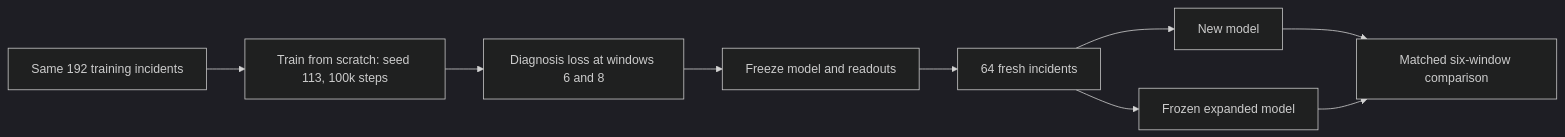
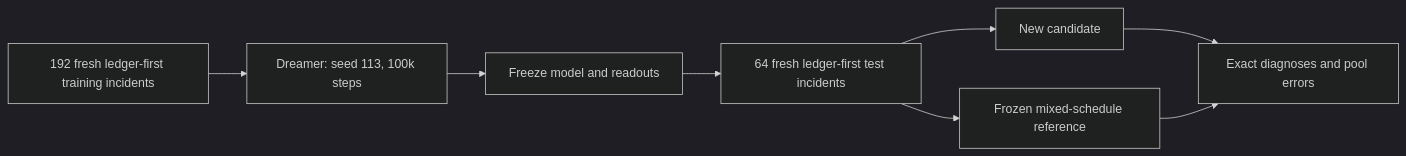
The diagram in docs/NEXT_EXPERIMENT.md (rnishtala/systems-world-model), drawn with Mermaid (dark theme) before and after one commit. The commit also changed other lines of this file and 9 other files, not shown here.

Commit message:
Run fresh ledger-first probe training with frozen reference evaluation

````diff
--- a/docs/NEXT_EXPERIMENT.md
+++ b/docs/NEXT_EXPERIMENT.md
@@ -9,10 +6,9 @@
 ```mermaid
 flowchart LR
-  DATA[Same 192 training incidents] --> TRAIN[Train from scratch: seed 113, 100k steps]
-  TRAIN --> LOSS[Diagnosis loss at windows 6 and 8]
-  LOSS --> FREEZE[Freeze model and readouts]
-  FREEZE --> TEST[64 fresh incidents]
-  TEST --> CAND[New model]
-  TEST --> BASE[Frozen expanded model]
-  CAND & BASE --> RESULT[Matched six-window comparison]
+  COLLECT[192 fresh ledger-first training incidents] --> TRAIN[Dreamer: seed 113, 100k steps]
+  TRAIN --> FREEZE[Freeze model and readouts]
+  FREEZE --> TEST[64 fresh ledger-first test incidents]
+  TEST --> CAND[New candidate]
+  TEST --> REF[Frozen mixed-schedule reference]
+  CAND & REF --> SCORE[Exact diagnoses and pool errors]
 ```
````
